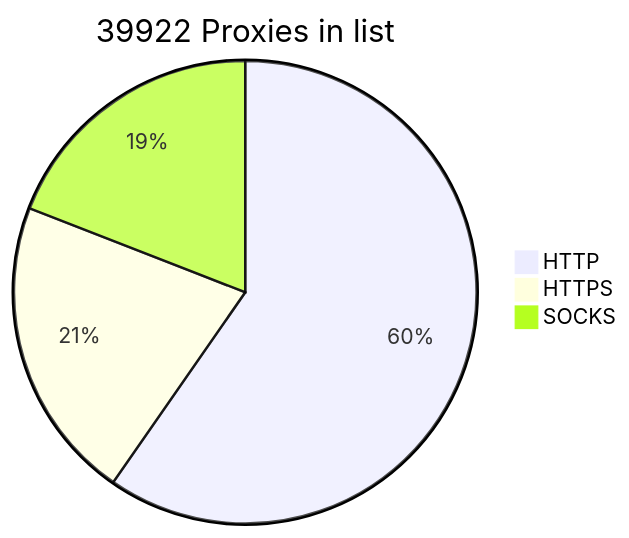
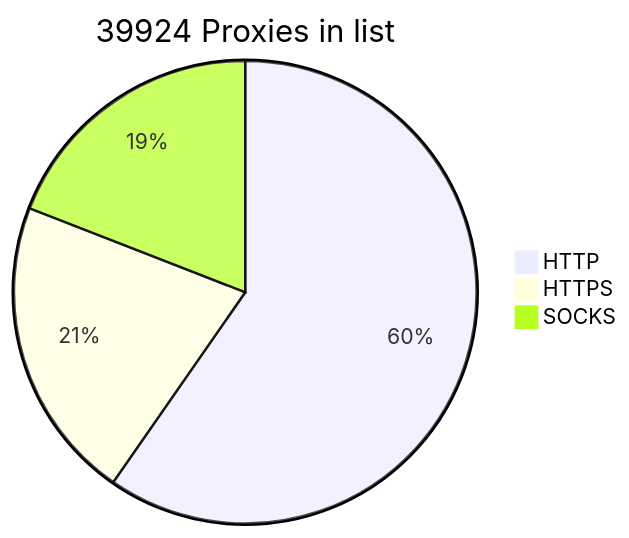
The diagram in README.md (BlackSnowDot/proxylist-update-every-minute), drawn with Mermaid before and after one commit.

````diff
--- a/README.md
+++ b/README.md
@@ -2,6 +2,6 @@
 ```mermaid
-pie title 39922 Proxies in list
-    "HTTP" : 27744
-    "HTTPS": 9875
+pie title 39924 Proxies in list
+    "HTTP" : 27745
+    "HTTPS": 9876
     "SOCKS" : 8879
 ```
````
